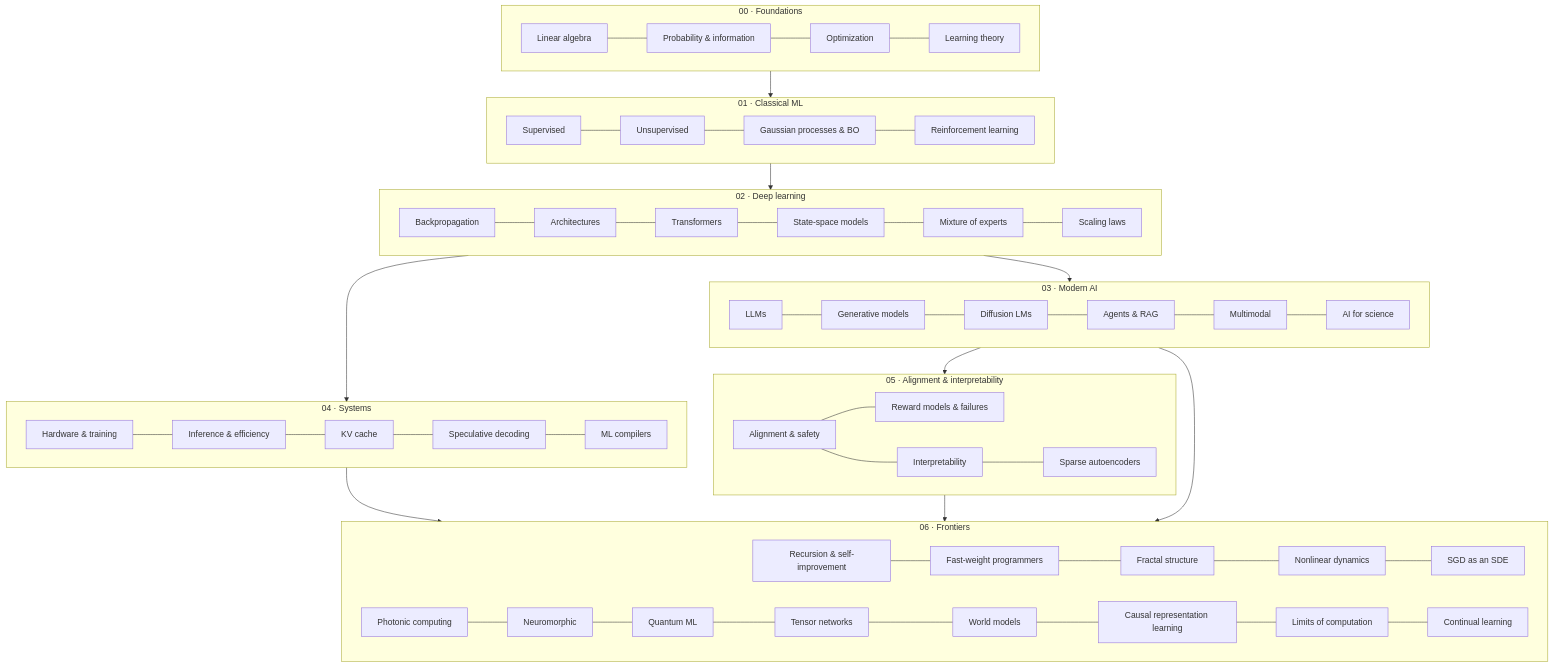
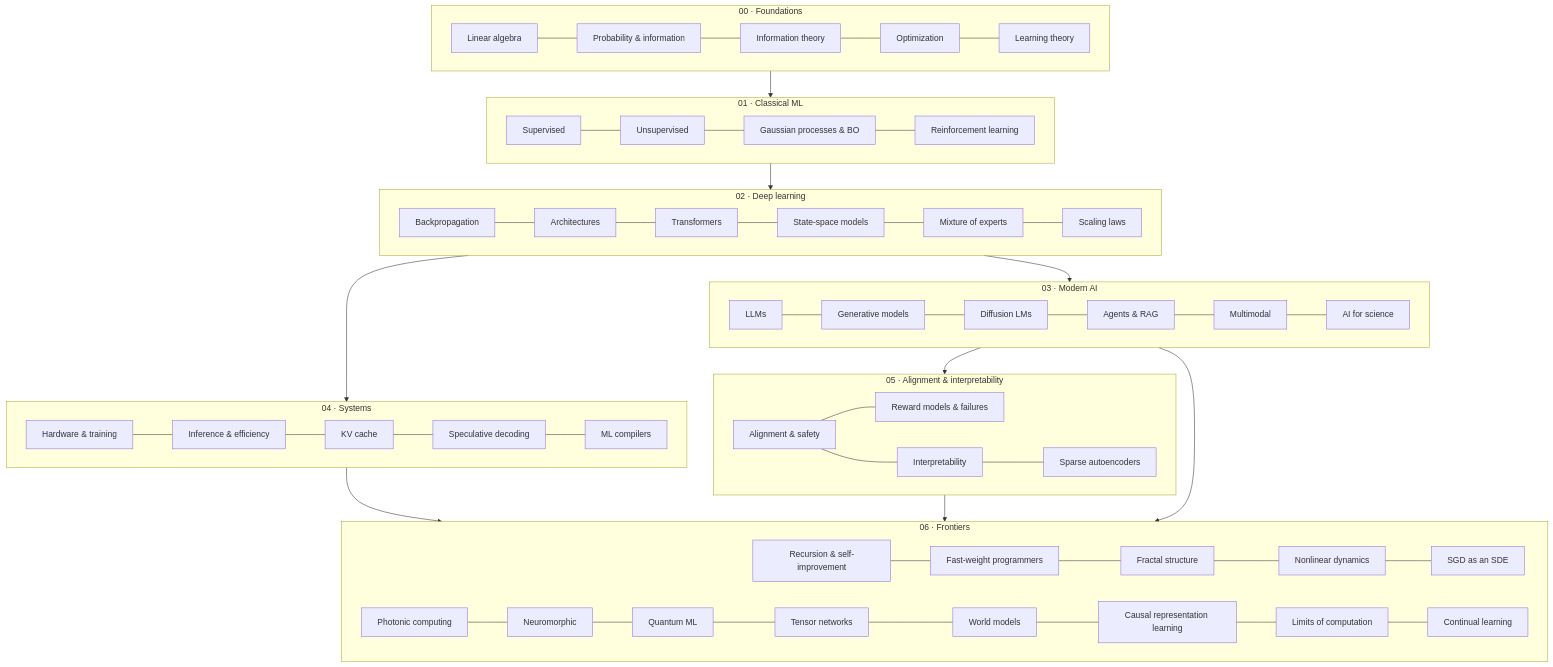
Before and after one commit to marcpoliquin5/understanding-ai: the diagram in README.md, drawn with Mermaid. The commit also changed other lines of this file and 6 other files, not shown here.

Commit message:
Foundations: add information theory for machine learning page

````diff
--- a/README.md
+++ b/README.md
@@ -30,32 +30,32 @@
 ```mermaid
 flowchart TB
     subgraph F[00 · Foundations]
-        F1[Linear algebra] --- F2[Probability & information] --- F3[Optimization] --- F4[Learning theory]
+        F1[Linear algebra] --- F2[Probability & information] --- F5[Information theory] --- F3[Optimization] --- F4[Learning theory]
     end
     subgraph C[01 · Classical ML]
         C1[Supervised] --- C2[Unsupervised] --- C4[Gaussian processes & BO] --- C3[Reinforcement learning]
     end
     subgraph D[02 · Deep learning]
         D1[Backpropagation] --- D2[Architectures] --- D3[Transformers] --- D6[State-space models] --- D5[Mixture of experts] --- D4[Scaling laws]
     end
     subgraph M[03 · Modern AI]
         M1[LLMs] --- M2[Generative models] --- M2b[Diffusion LMs] --- M3[Agents & RAG] --- M4[Multimodal] --- M5[AI for science]
     end
     subgraph S[04 · Systems]
         S1[Hardware & training] --- S2[Inference & efficiency] --- S5[KV cache] --- S4[Speculative decoding] --- S3[ML compilers]
     end
     subgraph A[05 · Alignment & interpretability]
         A1[Alignment & safety] --- A3[Reward models & failures]
         A1 --- A2[Interpretability] --- A4[Sparse autoencoders]
     end
     subgraph X[06 · Frontiers]
         X1[Recursion & self-improvement] --- X1b[Fast-weight programmers] --- X2[Fractal structure] --- X3[Nonlinear dynamics] --- X3b[SGD as an SDE]
         X4[Photonic computing] --- X5[Neuromorphic] --- X6[Quantum ML] --- X6b[Tensor networks] --- X7[World models] --- X7b[Causal representation learning] --- X8[Limits of computation] --- X9[Continual learning]
     end
     F --> C --> D --> M
     D --> S
     M --> A
     S --> X
     A --> X
     M --> X
 ```
````
